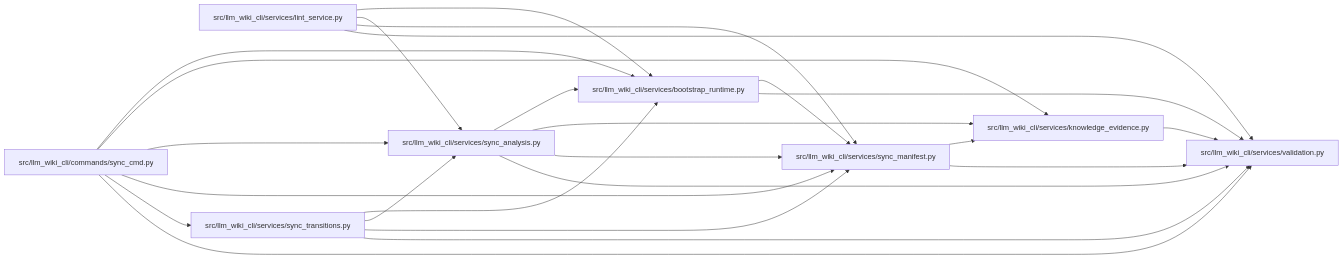
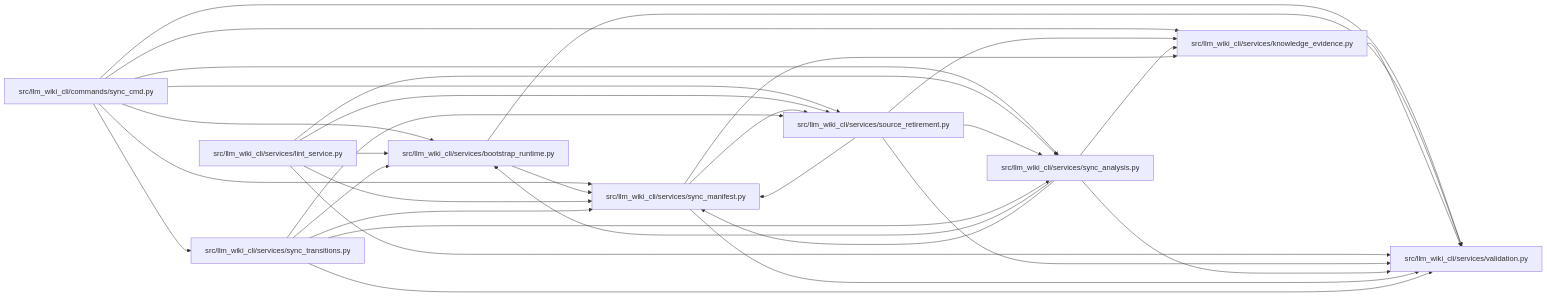
The diagram in docs/llm_wiki/modules/sync_analysis.md (Denissvgn/python-wiki-llm), drawn with Mermaid before and after one commit. The commit also changed other lines of this file and 473 other files, not shown here.

Commit message:
docs(wiki): document source member retirement and custody

````diff
--- a/docs/llm_wiki/modules/sync_analysis.md
+++ b/docs/llm_wiki/modules/sync_analysis.md
@@ -26,42 +26,52 @@
 ```mermaid
 flowchart LR
     n0["src/llm_wiki_cli/commands/sync_cmd.py"]
     n1["src/llm_wiki_cli/services/bootstrap_runtime.py"]
     n2["src/llm_wiki_cli/services/knowledge_evidence.py"]
     n3["src/llm_wiki_cli/services/lint_service.py"]
-    n4["src/llm_wiki_cli/services/sync_analysis.py"]
-    n5["src/llm_wiki_cli/services/sync_manifest.py"]
-    n6["src/llm_wiki_cli/services/sync_transitions.py"]
-    n7["src/llm_wiki_cli/services/validation.py"]
+    n4["src/llm_wiki_cli/services/source_retirement.py"]
+    n5["src/llm_wiki_cli/services/sync_analysis.py"]
+    n6["src/llm_wiki_cli/services/sync_manifest.py"]
+    n7["src/llm_wiki_cli/services/sync_transitions.py"]
+    n8["src/llm_wiki_cli/services/validation.py"]
     n0 --> n1
     n0 --> n2
     n0 --> n4
     n0 --> n5
     n0 --> n6
     n0 --> n7
-    n1 --> n5
-    n1 --> n7
-    n2 --> n7
+    n0 --> n8
+    n1 --> n6
+    n1 --> n8
+    n2 --> n8
     n3 --> n1
     n3 --> n4
     n3 --> n5
-    n3 --> n7
-    n4 --> n1
+    n3 --> n6
+    n3 --> n8
     n4 --> n2
     n4 --> n5
-    n4 --> n7
+    n4 --> n6
+    n4 --> n8
+    n5 --> n1
     n5 --> n2
-    n5 --> n7
-    n6 --> n1
+    n5 --> n6
+    n5 --> n8
+    n6 --> n2
     n6 --> n4
-    n6 --> n5
-    n6 --> n7
+    n6 --> n8
+    n7 --> n1
+    n7 --> n4
+    n7 --> n5
+    n7 --> n6
+    n7 --> n8
     click n0 "../modules/sync_cmd.md"
     click n1 "../modules/bootstrap_runtime.md"
     click n2 "../modules/knowledge_evidence.md"
     click n3 "../modules/lint_service.md"
-    click n4 "../modules/sync_analysis.md"
-    click n5 "../modules/sync_manifest.md"
-    click n6 "../modules/sync_transitions.md"
-    click n7 "../modules/validation.md"
+    click n4 "../modules/source_retirement.md"
+    click n5 "../modules/sync_analysis.md"
+    click n6 "../modules/sync_manifest.md"
+    click n7 "../modules/sync_transitions.md"
+    click n8 "../modules/validation.md"
 ```
````
